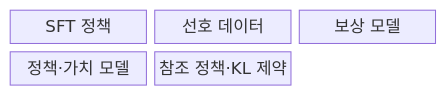
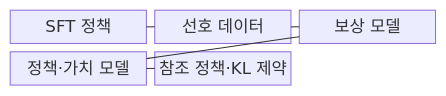
Before and after one commit to agnusdei1207/knowledge-base: the first of 2 diagrams in src/content/docs/notes/08-latest-tech/065_reinforcement_learning_from_human_feedback.md, drawn with Mermaid. The commit also changed other lines of this file and 228 other files, not shown here.

````diff
--- a/src/content/docs/notes/08-latest-tech/065_reinforcement_learning_from_human_feedback.md
+++ b/src/content/docs/notes/08-latest-tech/065_reinforcement_learning_from_human_feedback.md
@@ -51,9 +51,13 @@
 ```mermaid
 block-beta
     columns 3
     S["SFT 정책"]
     P["선호 데이터"]
     R["보상 모델"]
     A["정책·가치 모델"]
     K["참조 정책·KL 제약"]
+    S --- P
+    P --- R
+    R --- A
+    A --- K
 ```
````
